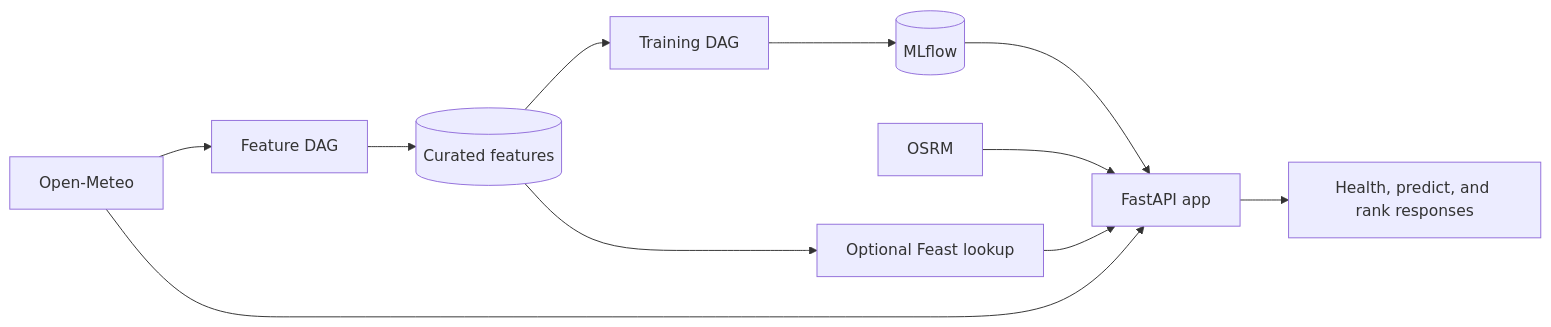
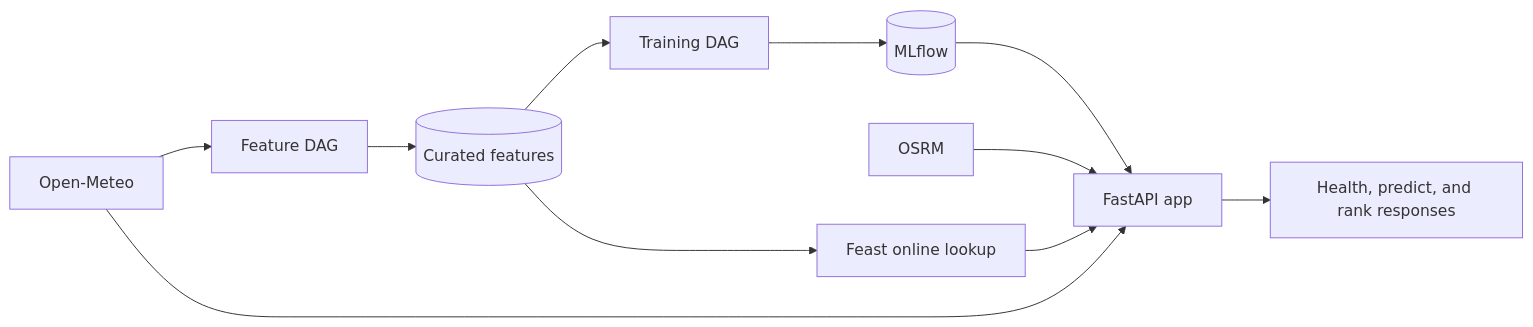
Before and after one commit to javihslu/foehncast: the diagram in docs/site/milestones/ms2.md, drawn with Mermaid. The commit also changed other lines of this file and 64 other files, not shown here.

```diff
--- a/docs/site/milestones/ms2.md
+++ b/docs/site/milestones/ms2.md
@@ -25,13 +25,13 @@
 <div class="mermaid">
 flowchart LR
     OME[Open-Meteo] --> FEAT[Feature DAG]
     FEAT --> PAR[(Curated features)]
     PAR --> TRAIN[Training DAG]
     TRAIN --> MLF[(MLflow)]
     MLF --> APP[FastAPI app]
     OME --> APP
     OSRM[OSRM] --> APP
     APP --> OUT[Health, predict, and rank responses]
-    PAR --> FEAST[Optional Feast lookup]
+    PAR --> FEAST[Feast online lookup]
     FEAST --> APP
 </div>
```
